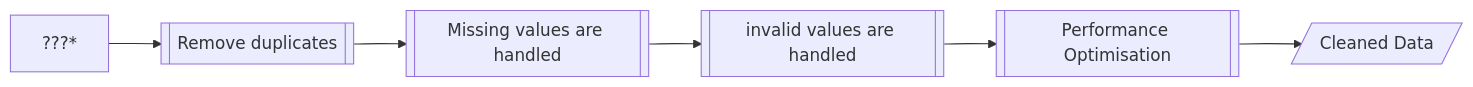
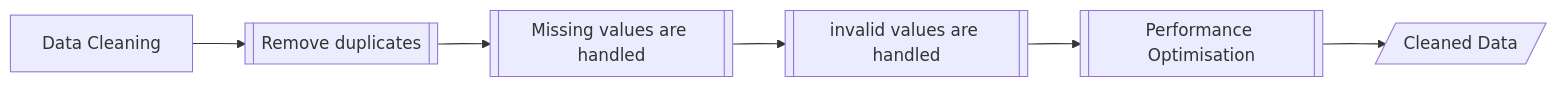
Before and after one commit to tungstennn/etl-example: the second of 4 diagrams in walkthough-activities/activity-2.md, drawn with Mermaid. The commit also changed other lines of this file, not shown here.

````diff
--- a/walkthough-activities/activity-2.md
+++ b/walkthough-activities/activity-2.md
@@ -32,9 +32,9 @@
 ```mermaid
 
 flowchart LR
-    A[???*] --> B1@{shape: subproc, label: "Remove duplicates"}
+    A[Data Cleaning] --> B1@{shape: subproc, label: "Remove duplicates"}
     B1 --> B2@{shape: subproc, label: "Missing values are handled"}
     B2 --> B3@{shape: subproc, label: "invalid values are handled"}
     B3 --> B4@{shape: subproc, label: "Performance Optimisation"}
     B4 --> B5@{ shape: lean-r, label: "Cleaned Data" }
 ```
````
